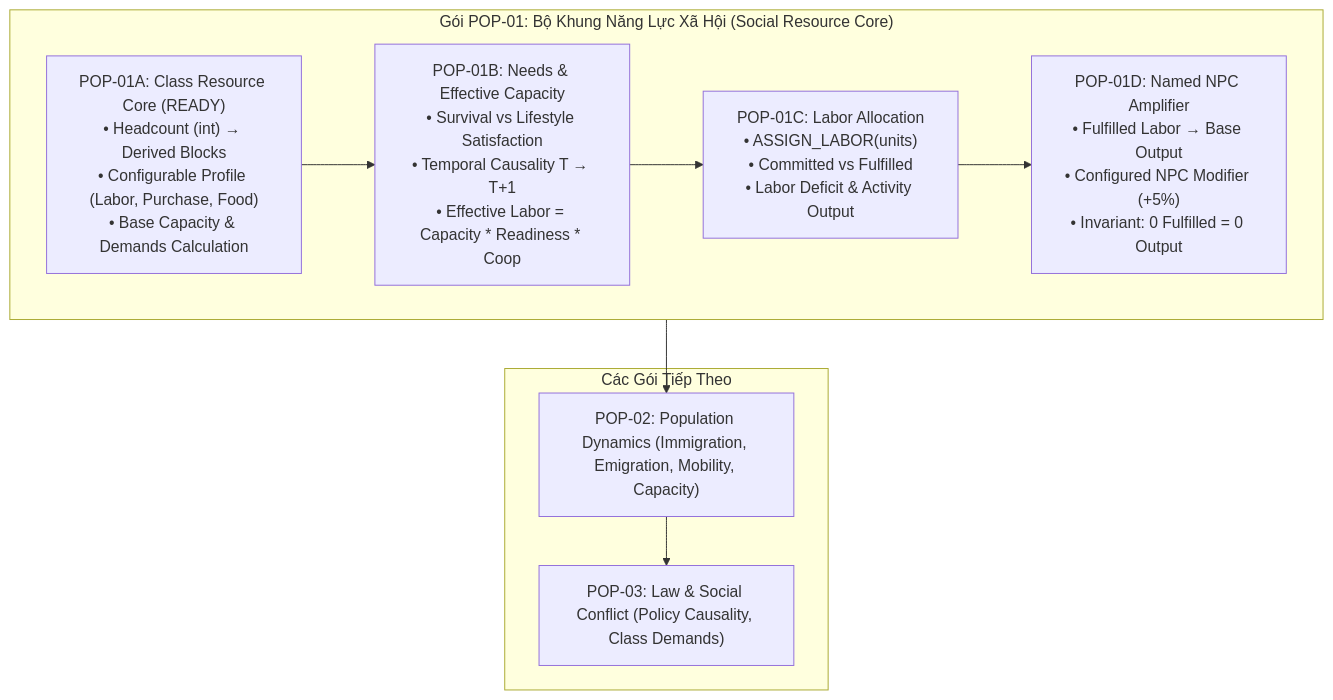
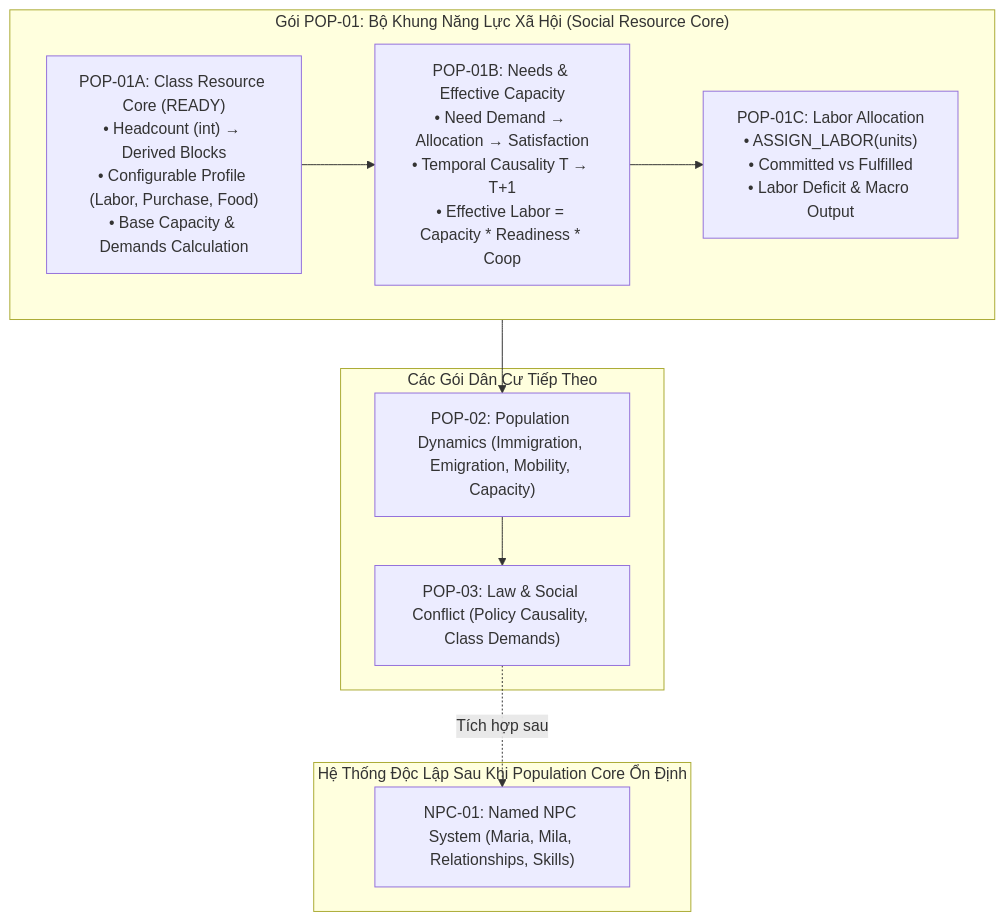
One commit to tanntran2000/Build-Settlement changed the diagram in docs/work_packages/WP-HAVEN-02_Unified_v1.0.md. Above: the diagram before and after it, drawn with Mermaid. The commit also changed other lines of this file, not shown here.

Commit message:
docs(wp): update WP-HAVEN-02 to v1.5 - lock scope law, decouple named NPC to NPC-01, reuse canonical types

````diff
--- a/docs/work_packages/WP-HAVEN-02_Unified_v1.0.md
+++ b/docs/work_packages/WP-HAVEN-02_Unified_v1.0.md
@@ -353,17 +354,21 @@
 ```mermaid
 flowchart TD
     subgraph POP01 ["Gói POP-01: Bộ Khung Năng Lực Xã Hội (Social Resource Core)"]
         A["POP-01A: Class Resource Core (READY)<br>• Headcount (int) → Derived Blocks<br>• Configurable Profile (Labor, Purchase, Food)<br>• Base Capacity & Demands Calculation"]
-        B["POP-01B: Needs & Effective Capacity<br>• Survival vs Lifestyle Satisfaction<br>• Temporal Causality T → T+1<br>• Effective Labor = Capacity * Readiness * Coop"]
-        C["POP-01C: Labor Allocation<br>• ASSIGN_LABOR(units)<br>• Committed vs Fulfilled<br>• Labor Deficit & Activity Output"]
-        D["POP-01D: Named NPC Amplifier<br>• Fulfilled Labor → Base Output<br>• Configured NPC Modifier (+5%)<br>• Invariant: 0 Fulfilled = 0 Output"]
-        A --> B --> C --> D
+        B["POP-01B: Needs & Effective Capacity<br>• Need Demand → Allocation → Satisfaction<br>• Temporal Causality T → T+1<br>• Effective Labor = Capacity * Readiness * Coop"]
+        C["POP-01C: Labor Allocation<br>• ASSIGN_LABOR(units)<br>• Committed vs Fulfilled<br>• Labor Deficit & Macro Output"]
+        A --> B --> C
     end
 
-    subgraph FutureSlices ["Các Gói Tiếp Theo"]
+    subgraph FutureSlices ["Các Gói Dân Cư Tiếp Theo"]
         P2["POP-02: Population Dynamics (Immigration, Emigration, Mobility, Capacity)"]
         P3["POP-03: Law & Social Conflict (Policy Causality, Class Demands)"]
     end
 
+    subgraph DetachedNPC ["Hệ Thống Độc Lập Sau Khi Population Core Ổn Định"]
+        NPC["NPC-01: Named NPC System (Maria, Mila, Relationships, Skills)"]
+    end
+
     POP01 --> P2 --> P3
+    P3 -.->|Tích hợp sau| NPC
 ```
````
